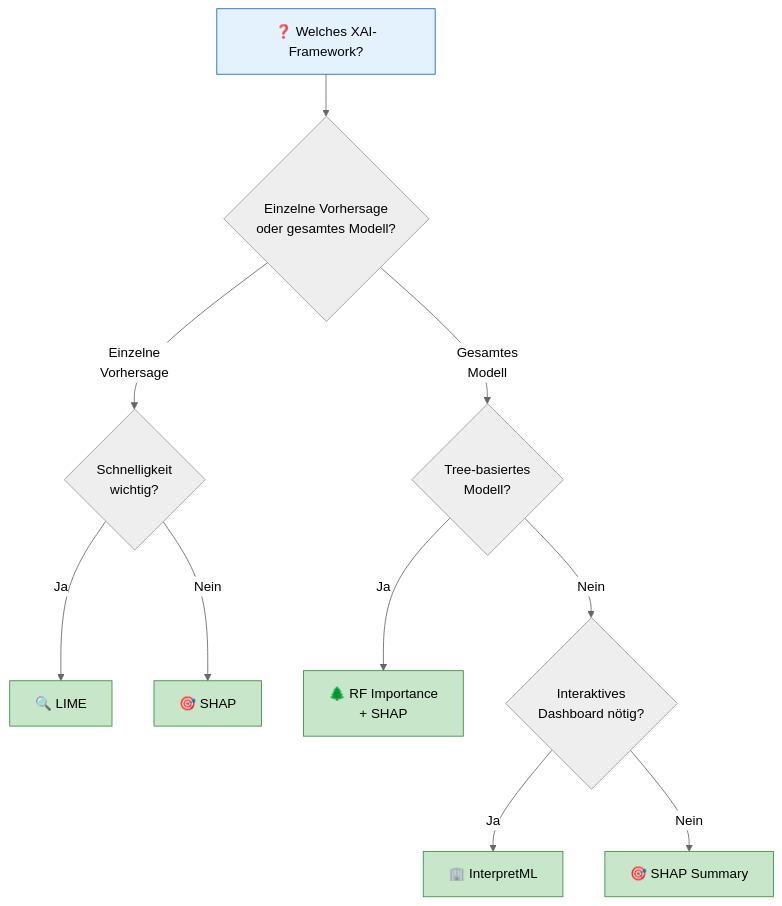
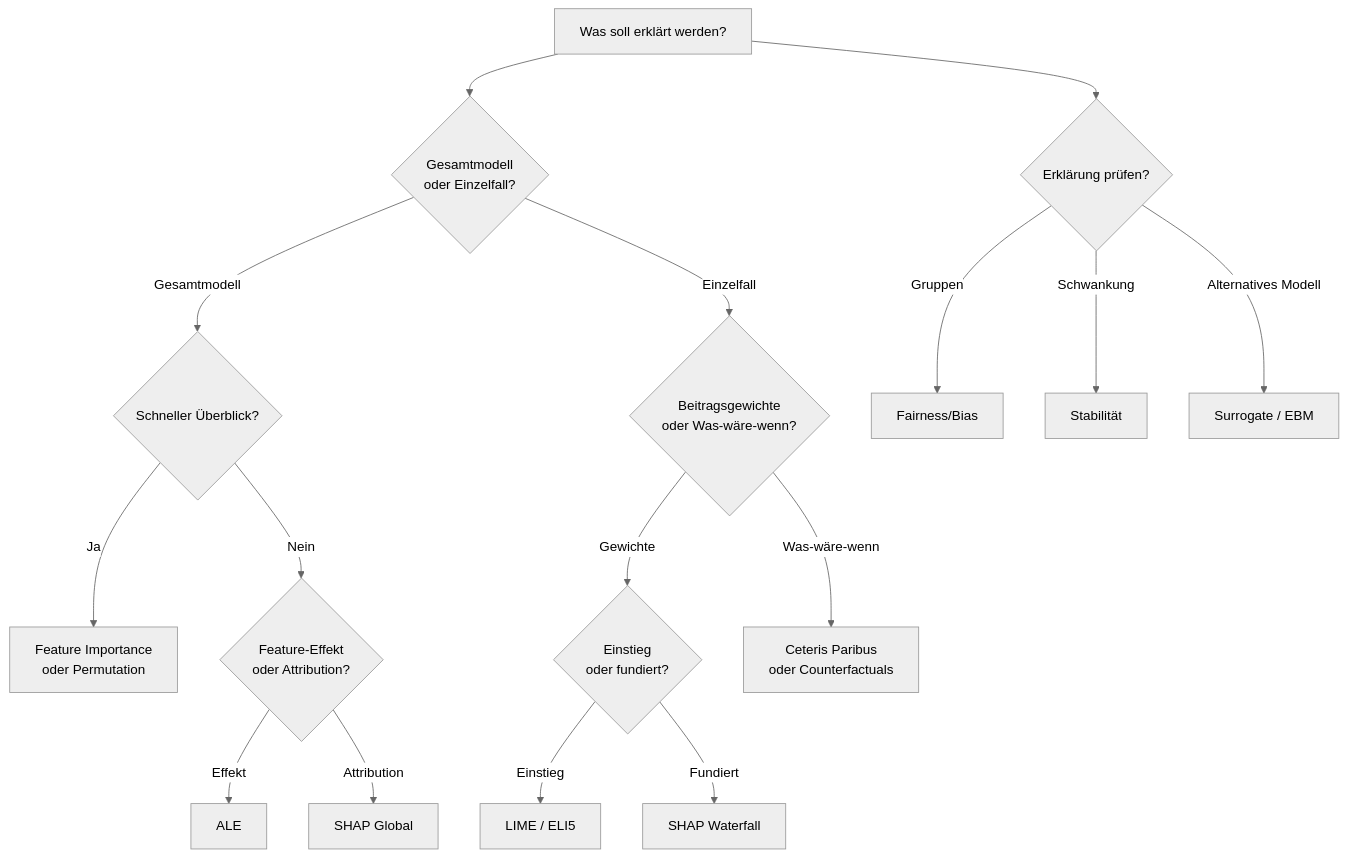
Before and after one commit to ralf-42/ML_Intro: the third of 3 diagrams in docs/concepts/xai_erklaerbare_ki.md, drawn with Mermaid (neutral theme). The commit also changed other lines of this file and 19 other files, not shown here.

````diff
--- a/docs/concepts/xai_erklaerbare_ki.md
+++ b/docs/concepts/xai_erklaerbare_ki.md
@@ -494,25 +299,21 @@
 ```mermaid
 flowchart TD
-    START["❓ Welches XAI-Framework?"]
-    
-    START --> Q1{"Einzelne Vorhersage<br/>oder gesamtes Modell?"}
-    
-    Q1 -->|"Einzelne<br/>Vorhersage"| Q2{"Schnelligkeit<br/>wichtig?"}
-    Q1 -->|"Gesamtes<br/>Modell"| Q3{"Tree-basiertes<br/>Modell?"}
-    
-    Q2 -->|"Ja"| LIME["🔍 LIME"]
-    Q2 -->|"Nein"| SHAP_L["🎯 SHAP"]
-    
-    Q3 -->|"Ja"| RF["🌲 RF Importance<br/>+ SHAP"]
-    Q3 -->|"Nein"| Q4{"Interaktives<br/>Dashboard nötig?"}
-    
-    Q4 -->|"Ja"| IML["🏢 InterpretML"]
-    Q4 -->|"Nein"| SHAP_G["🎯 SHAP Summary"]
-    
-    style START fill:#e3f2fd,stroke:#1565c0
-    style LIME fill:#c8e6c9,stroke:#388e3c
-    style SHAP_L fill:#c8e6c9,stroke:#388e3c
-    style SHAP_G fill:#c8e6c9,stroke:#388e3c
-    style RF fill:#c8e6c9,stroke:#388e3c
-    style IML fill:#c8e6c9,stroke:#388e3c
+    START["Was soll erklärt werden?"] --> Q1{"Gesamtmodell<br>oder Einzelfall?"}
+    Q1 -->|"Gesamtmodell"| G1{"Schneller Überblick?"}
+    Q1 -->|"Einzelfall"| L1{"Beitragsgewichte<br>oder Was-wäre-wenn?"}
+
+    G1 -->|"Ja"| FI["Feature Importance<br>oder Permutation"]
+    G1 -->|"Nein"| G2{"Feature-Effekt<br>oder Attribution?"}
+    G2 -->|"Effekt"| ALE["ALE"]
+    G2 -->|"Attribution"| SHAPG["SHAP Global"]
+
+    L1 -->|"Gewichte"| L2{"Einstieg<br>oder fundiert?"}
+    L2 -->|"Einstieg"| LIME["LIME / ELI5"]
+    L2 -->|"Fundiert"| SHAPL["SHAP Waterfall"]
+    L1 -->|"Was-wäre-wenn"| CP["Ceteris Paribus<br>oder Counterfactuals"]
+
+    START --> Q2{"Erklärung prüfen?"}
+    Q2 -->|"Gruppen"| FAIR["Fairness/Bias"]
+    Q2 -->|"Schwankung"| STAB["Stabilität"]
+    Q2 -->|"Alternatives Modell"| EBM["Surrogate / EBM"]
 ```
````
